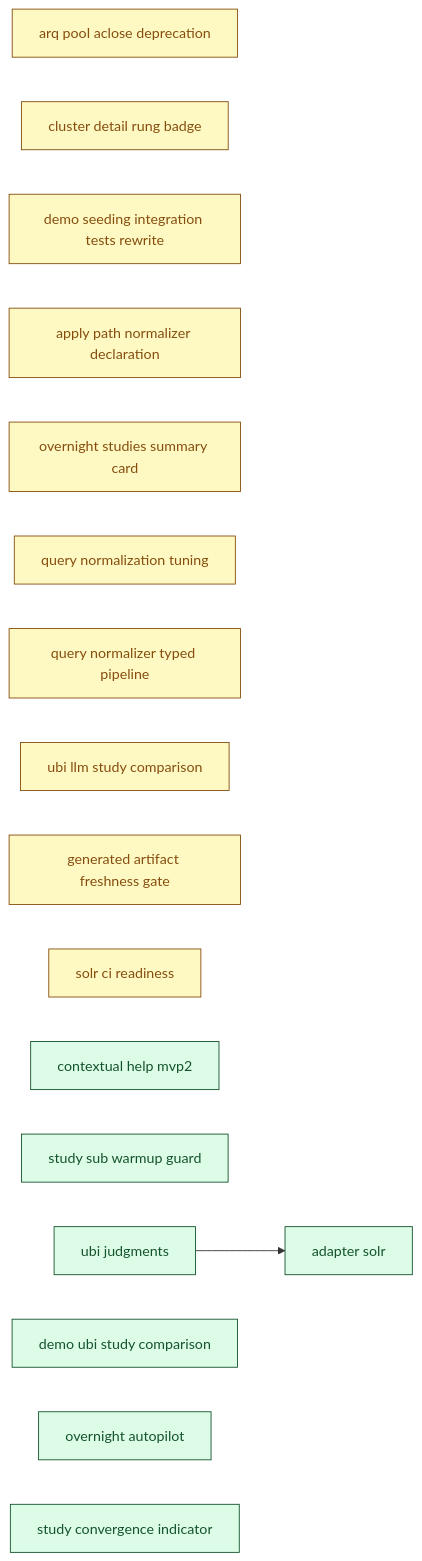
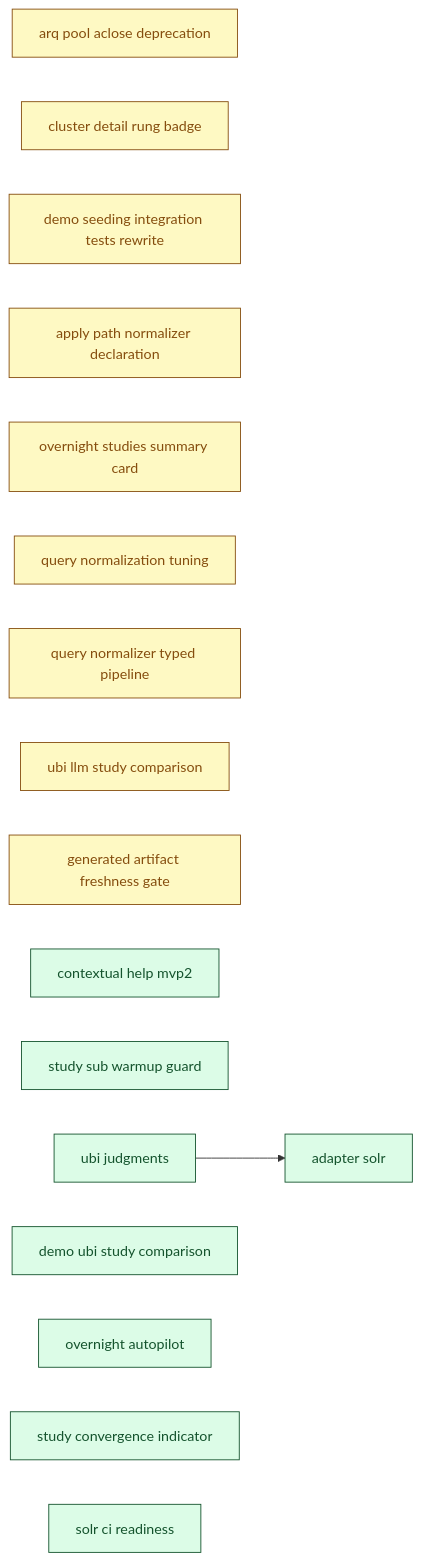
The diagram in docs/00_overview/MVP2_DASHBOARD.md (SoundMindsAI/relyloop), drawn with Mermaid before and after one commit. The commit also changed other lines of this file and 14 other files, not shown here.

````diff
--- a/docs/00_overview/MVP2_DASHBOARD.md
+++ b/docs/00_overview/MVP2_DASHBOARD.md
@@ -101,43 +103,43 @@
 ```mermaid
 graph LR
   classDef done fill:#dcfce7,stroke:#14532d,color:#14532d;
   classDef implement fill:#ffedd5,stroke:#9a3412,color:#9a3412;
   classDef plan fill:#fef9c3,stroke:#854d0e,color:#854d0e;
   classDef spec fill:#dbeafe,stroke:#1e40af,color:#1e40af;
   classDef idea fill:#f1f5f9,stroke:#334155,color:#334155;
   chore_arq_pool_aclose_deprecation["arq pool aclose deprecation"]
   class chore_arq_pool_aclose_deprecation plan;
   chore_cluster_detail_rung_badge["cluster detail rung badge"]
   class chore_cluster_detail_rung_badge plan;
   chore_demo_seeding_integration_tests_rewrite["demo seeding integration tests rewrite"]
   class chore_demo_seeding_integration_tests_rewrite plan;
   feat_apply_path_normalizer_declaration["apply path normalizer declaration"]
   class feat_apply_path_normalizer_declaration plan;
   feat_overnight_studies_summary_card["overnight studies summary card"]
   class feat_overnight_studies_summary_card plan;
   feat_query_normalization_tuning["query normalization tuning"]
   class feat_query_normalization_tuning plan;
   feat_query_normalizer_typed_pipeline["query normalizer typed pipeline"]
   class feat_query_normalizer_typed_pipeline plan;
   feat_ubi_llm_study_comparison["ubi llm study comparison"]
   class feat_ubi_llm_study_comparison plan;
   infra_generated_artifact_freshness_gate["generated artifact freshness gate"]
   class infra_generated_artifact_freshness_gate plan;
-  infra_solr_ci_readiness["solr ci readiness"]
-  class infra_solr_ci_readiness plan;
   feat_contextual_help_mvp2["contextual help mvp2"]
   class feat_contextual_help_mvp2 done;
   feat_study_sub_warmup_guard["study sub warmup guard"]
   class feat_study_sub_warmup_guard done;
   feat_ubi_judgments["ubi judgments"]
   class feat_ubi_judgments done;
   feat_demo_ubi_study_comparison["demo ubi study comparison"]
   class feat_demo_ubi_study_comparison done;
   feat_overnight_autopilot["overnight autopilot"]
   class feat_overnight_autopilot done;
   infra_adapter_solr["adapter solr"]
   class infra_adapter_solr done;
   feat_study_convergence_indicator["study convergence indicator"]
   class feat_study_convergence_indicator done;
+  infra_solr_ci_readiness["solr ci readiness"]
+  class infra_solr_ci_readiness done;
   feat_ubi_judgments --> infra_adapter_solr
 ```
````
